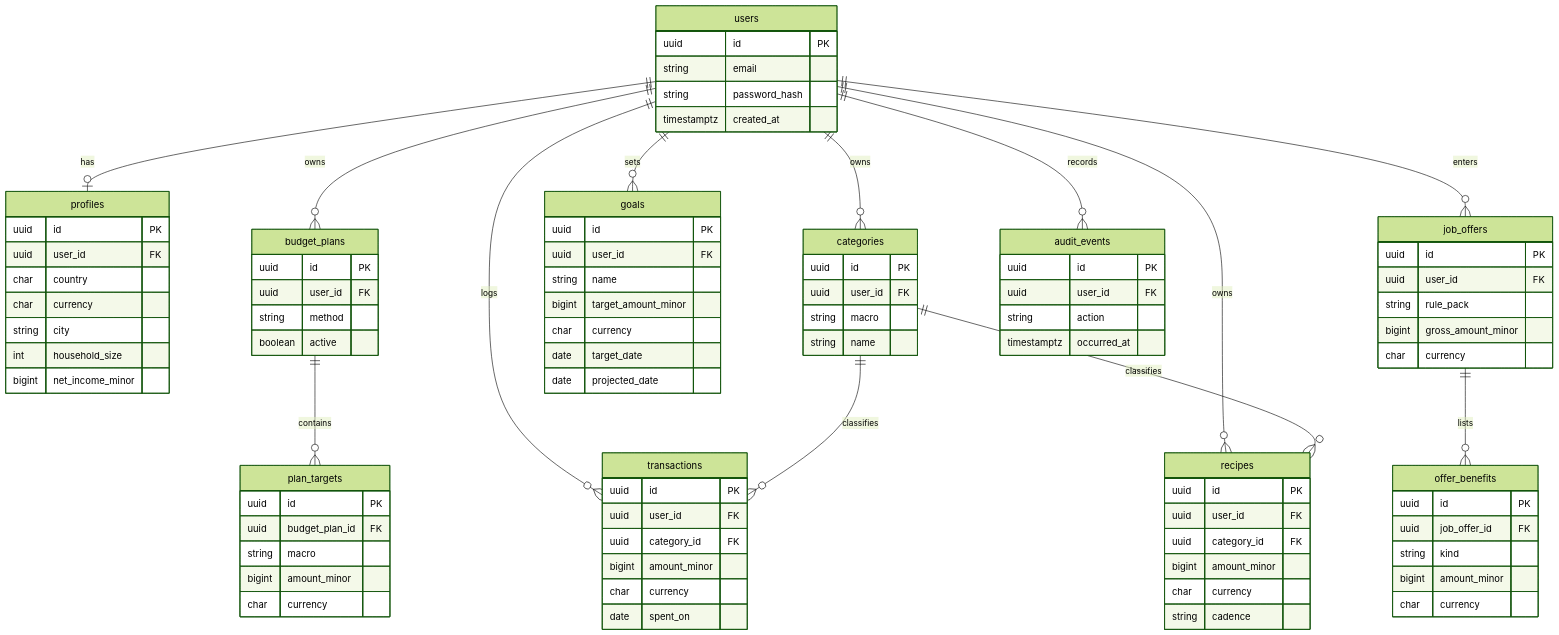
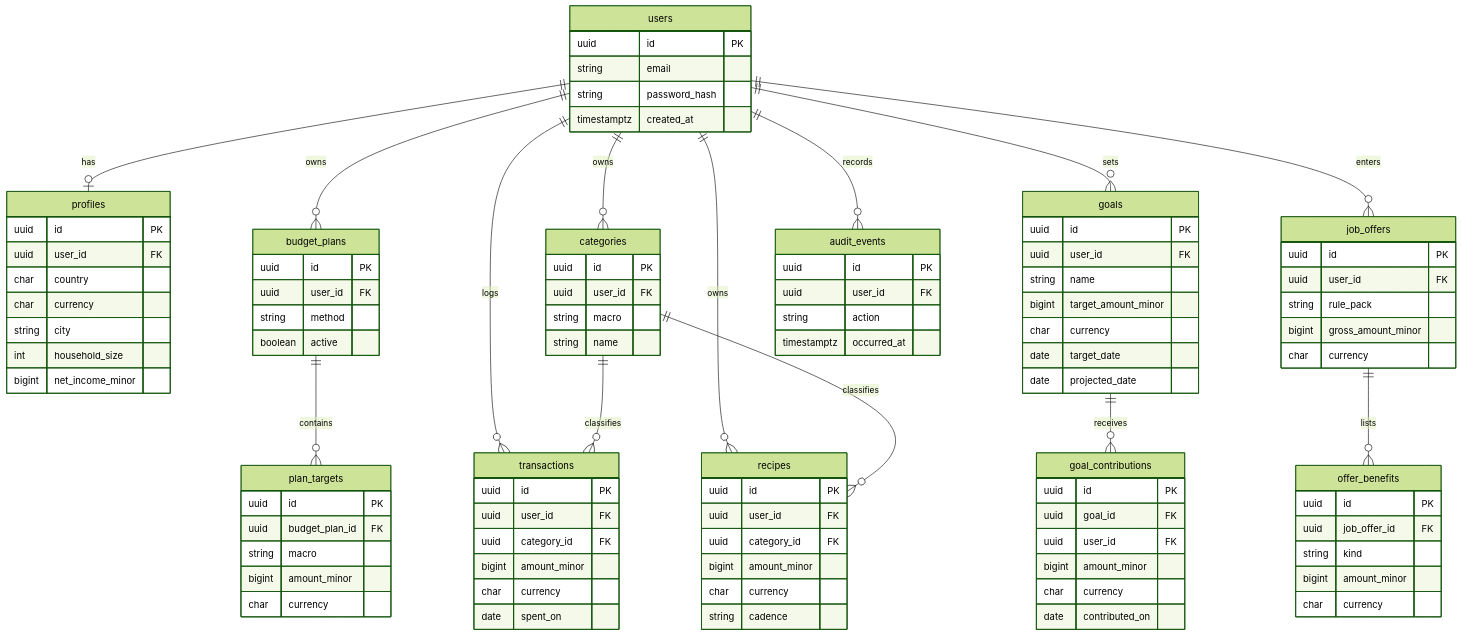
One commit to ilyas8888/moneymacros changed the fourth of 5 diagrams in docs/ARCHITECTURE.md. Above: the diagram before and after it, drawn with Mermaid (forest theme). The commit also changed other lines of this file and 3 other files, not shown here.

Commit message:
docs: fix module dependencies, goal contributions and event timing

```diff
--- a/docs/ARCHITECTURE.md
+++ b/docs/ARCHITECTURE.md
@@ -118,6 +120,7 @@
     users ||--o{ recipes : owns
     categories ||--o{ recipes : classifies
     users ||--o{ goals : sets
+    goals ||--o{ goal_contributions : receives
     users ||--o{ job_offers : enters
     job_offers ||--o{ offer_benefits : lists
     users ||--o{ audit_events : records
@@ -181,6 +184,14 @@
         date target_date
         date projected_date
     }
+    goal_contributions {
+        uuid id PK
+        uuid goal_id FK
+        uuid user_id FK
+        bigint amount_minor
+        char currency
+        date contributed_on
+    }
     job_offers {
         uuid id PK
         uuid user_id FK
```
